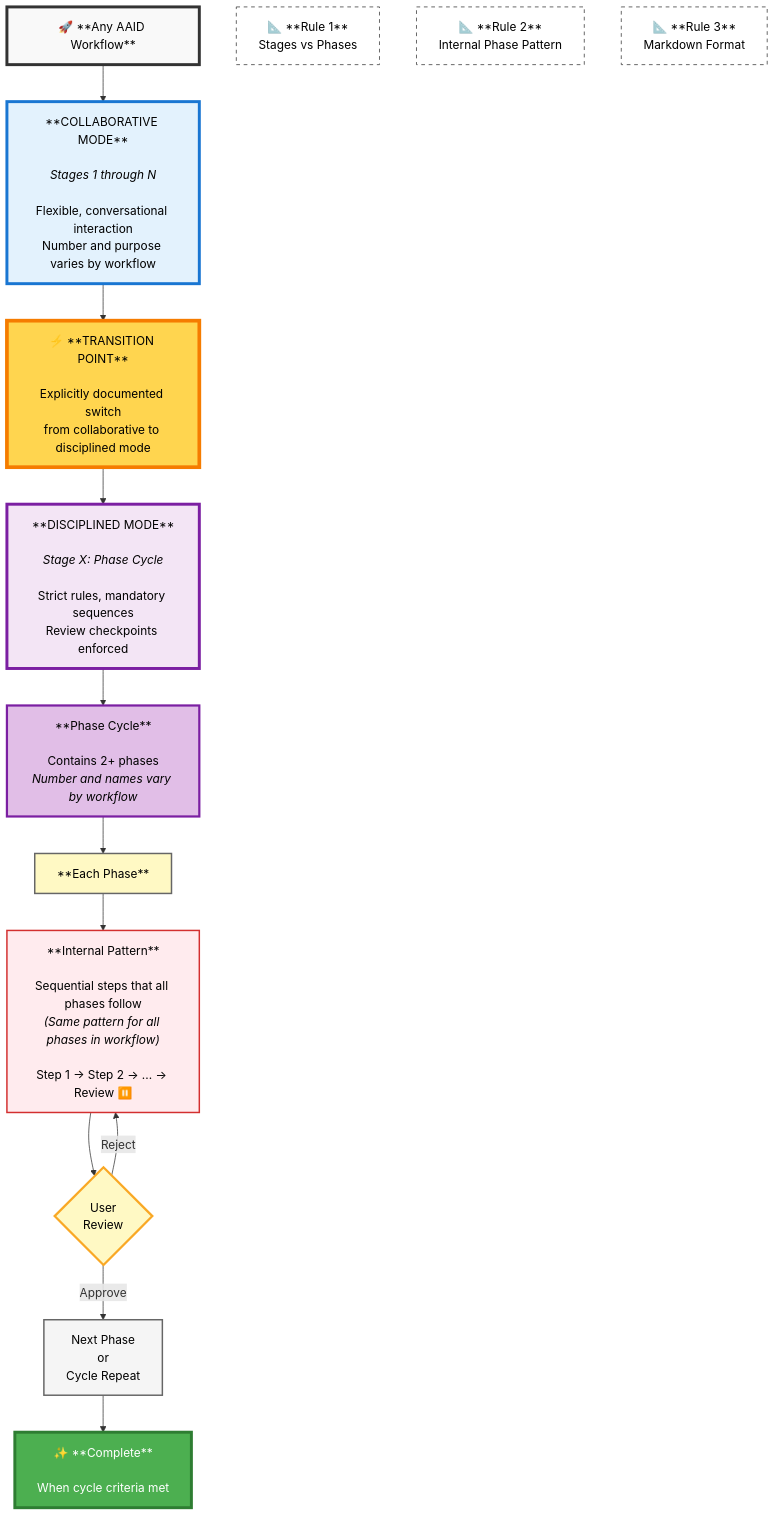
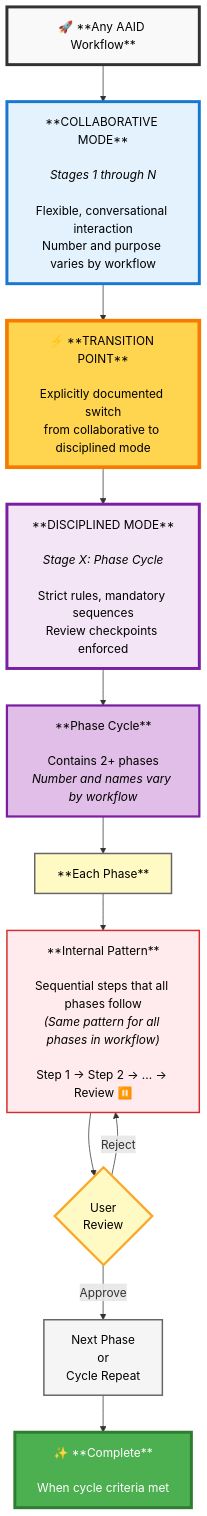
Before and after one commit to dawid-dahl-umain/aaid-collaboration: the diagram in docs/aaid-collaboration.md, drawn with Mermaid.

Commit message:
docs(aaid-collaboration): Remove side annotations for rules to streamline the diagram and enhance focus on key phases

````diff
--- a/docs/aaid-collaboration.md
+++ b/docs/aaid-collaboration.md
@@ -67,45 +67,36 @@
 ```mermaid
 graph TD
     Start["🚀 **Any AAID Workflow**"]
 
     Start --> CollabZone["**COLLABORATIVE MODE**<br/><br/><i>Stages 1 through N</i><br/><br/>Flexible, conversational interaction<br/>Number and purpose varies by workflow"]
 
     CollabZone --> Transition["⚡ **TRANSITION POINT**<br/><br/>Explicitly documented switch<br/>from collaborative to disciplined mode"]
 
     Transition --> DisciplinedZone["**DISCIPLINED MODE**<br/><br/><i>Stage X: Phase Cycle</i><br/><br/>Strict rules, mandatory sequences<br/>Review checkpoints enforced"]
 
     DisciplinedZone --> PhaseCycle["**Phase Cycle**<br/><br/>Contains 2+ phases<br/><i>Number and names vary by workflow</i>"]
 
     PhaseCycle --> PhaseBox["**Each Phase**"]
 
     PhaseBox --> Pattern["**Internal Pattern**<br/><br/>Sequential steps that all phases follow<br/><i>(Same pattern for all phases in workflow)</i><br/><br/>Step 1 → Step 2 → ... → Review ⏸️"]
 
     Pattern --> Review{"User<br/>Review"}
     Review -->|Reject| Pattern
     Review -->|Approve| NextPhase["Next Phase<br/>or<br/>Cycle Repeat"]
 
     NextPhase --> Complete["✨ **Complete**<br/><br/>When cycle criteria met"]
 
-    %% Side annotations
-    Rule1["📐 **Rule 1**<br/>Stages vs Phases"]
-    Rule2["📐 **Rule 2**<br/>Internal Phase Pattern"]
-    Rule3["📐 **Rule 3**<br/>Markdown Format"]
-
     %% STYLES
     style Start fill:#f9f9f9,stroke:#333,stroke-width:4px,color:#000
 
     style CollabZone fill:#e3f2fd,stroke:#1976d2,stroke-width:4px,color:#000
     style Transition fill:#ffd54f,stroke:#f57c00,stroke-width:5px,color:#000
     style DisciplinedZone fill:#f3e5f5,stroke:#7b1fa2,stroke-width:4px,color:#000
 
     style PhaseCycle fill:#e1bee7,stroke:#7b1fa2,stroke-width:3px,color:#000
     style PhaseBox fill:#fff9c4,stroke:#666,stroke-width:2px,color:#000
     style Pattern fill:#ffebee,stroke:#d32f2f,stroke-width:2px,color:#000
     style Review fill:#fff9c4,stroke:#f9a825,stroke-width:3px,color:#000
     style NextPhase fill:#f5f5f5,stroke:#666,stroke-width:2px,color:#000
     style Complete fill:#4caf50,stroke:#2e7d32,stroke-width:4px,color:#fff
-
-    style Rule1 fill:#fff,stroke:#333,stroke-width:1px,stroke-dasharray: 5 5,color:#000
-    style Rule2 fill:#fff,stroke:#333,stroke-width:1px,stroke-dasharray: 5 5,color:#000
-    style Rule3 fill:#fff,stroke:#333,stroke-width:1px,stroke-dasharray: 5 5,color:#000
 ```
````
